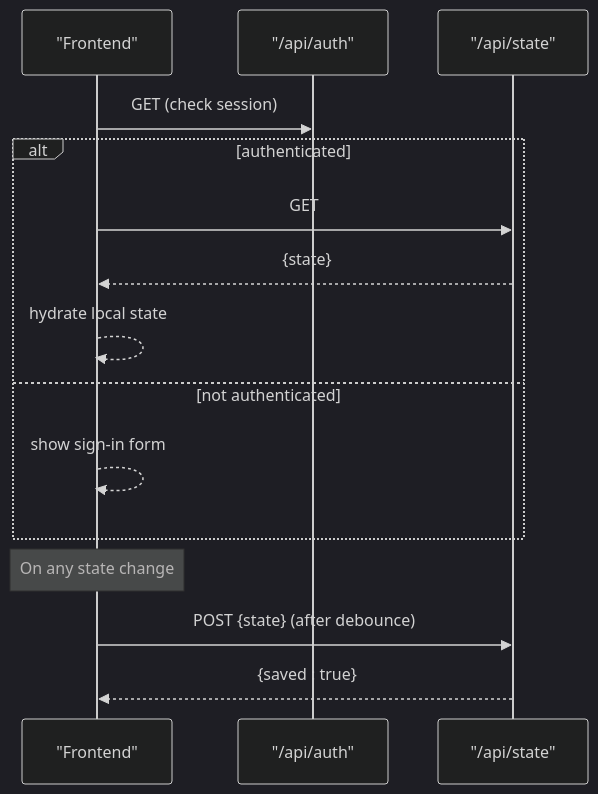
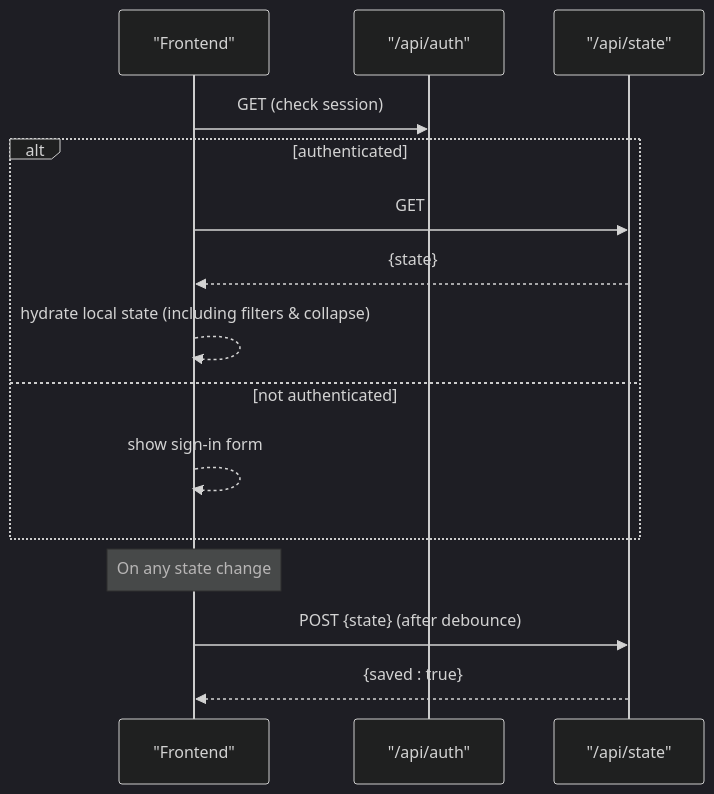
One commit to iamrituraj/DSA-Tracker changed the sixth of 8 diagrams in .qoder/repowiki/en/content/Cloud Synchronization.md. Above: the diagram before and after it, drawn with Mermaid (dark theme). The commit also changed other lines of this file and 34 other files, not shown here.

````diff
--- a/.qoder/repowiki/en/content/Cloud Synchronization.md
+++ b/.qoder/repowiki/en/content/Cloud Synchronization.md
@@ -203,17 +216,17 @@
 ```mermaid
 sequenceDiagram
 participant FE as "Frontend"
 participant AUTH as "/api/auth"
 participant STATE as "/api/state"
 FE->>AUTH : GET (check session)
 alt authenticated
 FE->>STATE : GET
 STATE-->>FE : {state}
-FE-->>FE : hydrate local state
+FE-->>FE : hydrate local state (including filters & collapse)
 else not authenticated
 FE-->>FE : show sign-in form
 end
 Note over FE : On any state change
 FE->>STATE : POST {state} (after debounce)
 STATE-->>FE : {saved : true}
 ```
````
